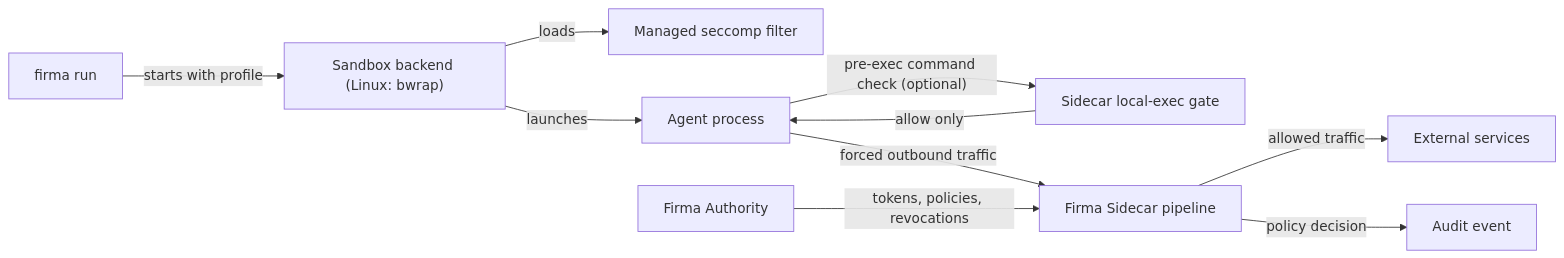
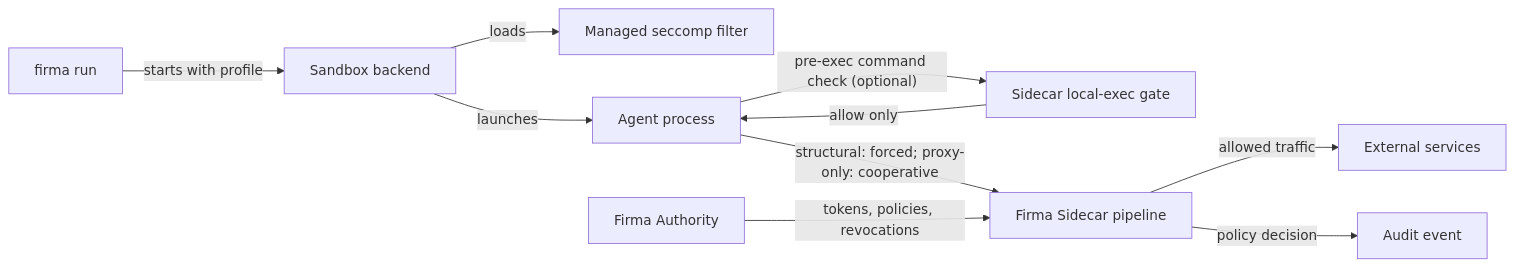
Before and after one commit to Firma-AI/openfirma: the first of 2 diagrams in docs-site/src/content/docs/guides/firma-run.md, drawn with Mermaid. The commit also changed other lines of this file and 3 other files, not shown here.

````diff
--- a/docs-site/src/content/docs/guides/firma-run.md
+++ b/docs-site/src/content/docs/guides/firma-run.md
@@ -8,22 +8,22 @@
 ```mermaid
 flowchart LR
     Run["firma run"]
-    Sandbox["Sandbox backend (Linux: bwrap)"]
+    Sandbox["Sandbox backend"]
     Seccomp["Managed seccomp filter"]
     Agent["Agent process"]
     LocalExec["Sidecar local-exec gate"]
     Sidecar["Firma Sidecar pipeline"]
     Authority["Firma Authority"]
     External["External services"]
     Audit["Audit event"]
 
     Run -->|"starts with profile"| Sandbox
     Sandbox -->|"loads"| Seccomp
     Sandbox -->|"launches"| Agent
     Agent -->|"pre-exec command check (optional)"| LocalExec
     LocalExec -->|"allow only"| Agent
-    Agent -->|"forced outbound traffic"| Sidecar
+    Agent -->|"structural: forced; proxy-only: cooperative"| Sidecar
     Authority -->|"tokens, policies, revocations"| Sidecar
     Sidecar -->|"allowed traffic"| External
     Sidecar -->|"policy decision"| Audit
 ```
````
